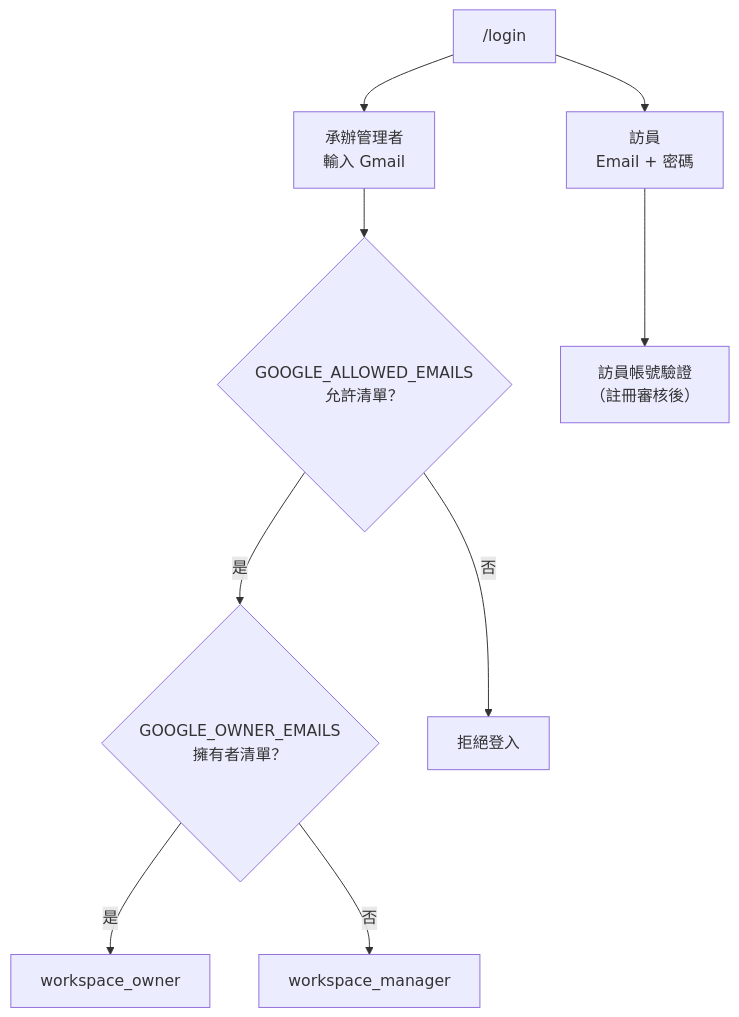
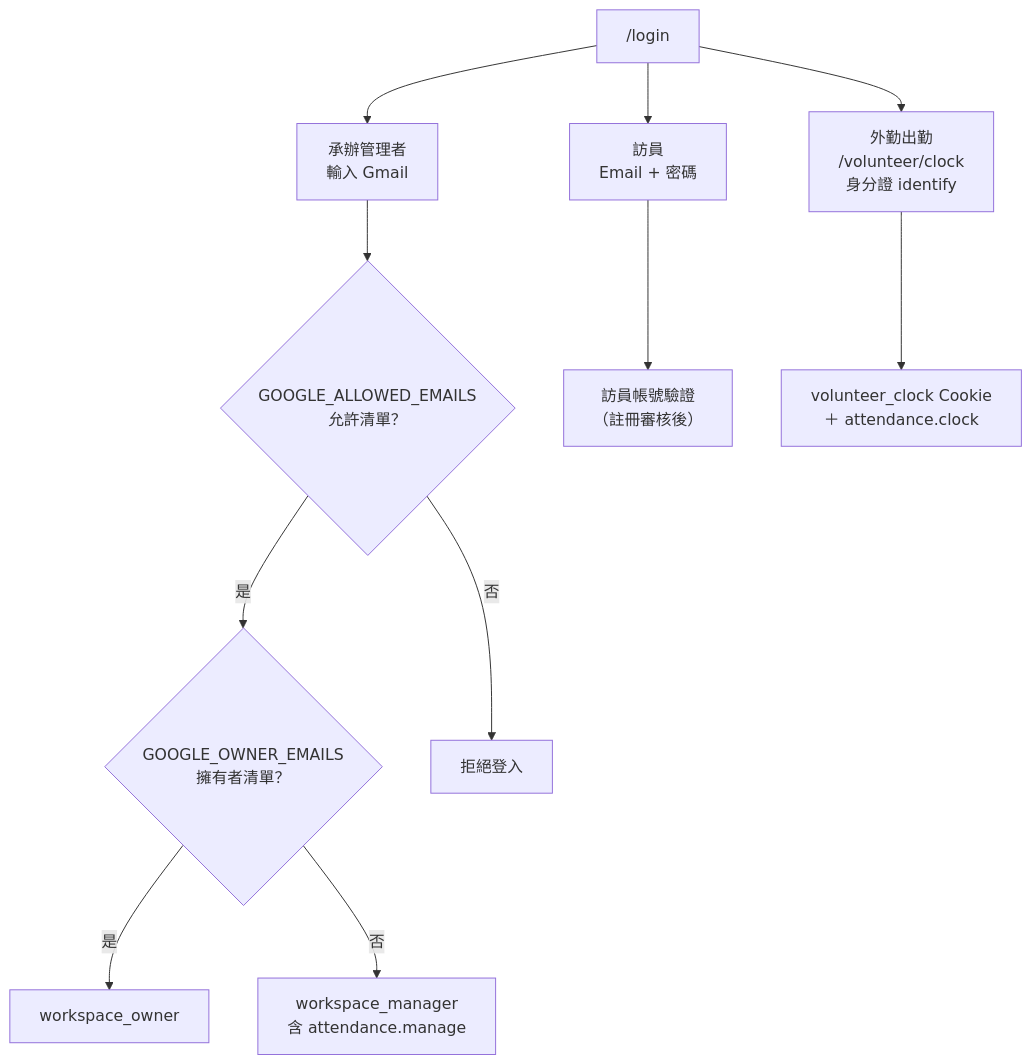
One commit to yongheelderly0826-design/Elder-Visit-Platform changed the tenth of 13 diagrams in docs/system-architecture.md. Above: the diagram before and after it, drawn with Mermaid. The commit also changed other lines of this file and 83 other files, not shown here.

First line of the commit message:
Add volunteer QR attendance, MOHW audit export, and update manuals.

````diff
--- a/docs/system-architecture.md
+++ b/docs/system-architecture.md
@@ -225,15 +269,17 @@
 ```mermaid
 flowchart TB
   LOGIN["/login"]
 
   LOGIN --> MGR["承辦管理者<br/>輸入 Gmail"]
   LOGIN --> VIS["訪員<br/>Email + 密碼"]
+  LOGIN --> VOL["外勤出勤<br/>/volunteer/clock<br/>身分證 identify"]
 
   MGR --> ALLOW{"GOOGLE_ALLOWED_EMAILS<br/>允許清單？"}
   ALLOW -->|是| ROLE{"GOOGLE_OWNER_EMAILS<br/>擁有者清單？"}
   ROLE -->|是| OWNER["workspace_owner"]
-  ROLE -->|否| MANAGER["workspace_manager"]
+  ROLE -->|否| MANAGER["workspace_manager<br/>含 attendance.manage"]
   ALLOW -->|否| DENY["拒絕登入"]
 
   VIS --> SUPA["訪員帳號驗證<br/>（註冊審核後）"]
+  VOL --> COOKIE["volunteer_clock Cookie<br/>＋ attendance.clock"]
 ```
````
